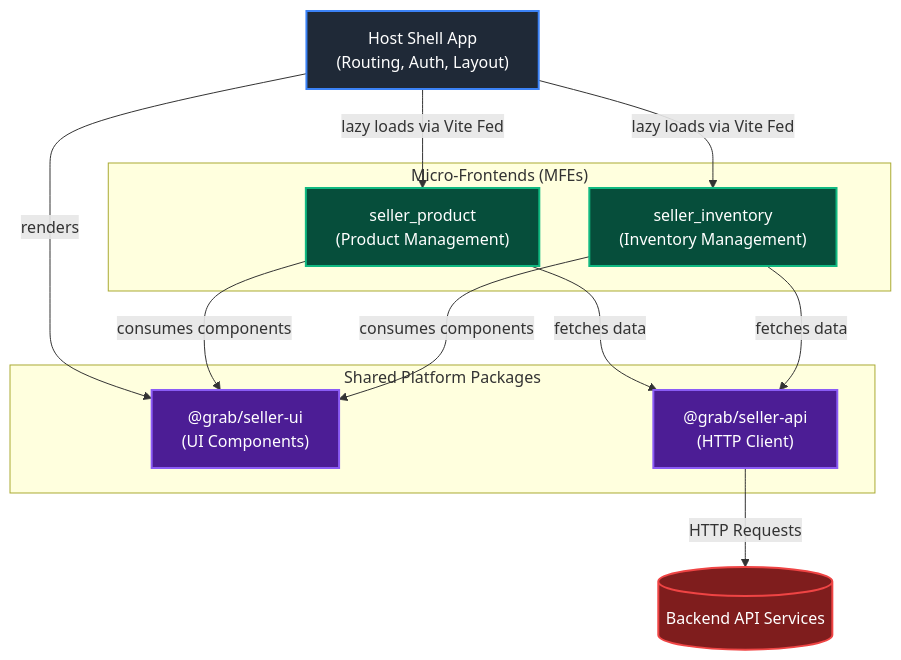
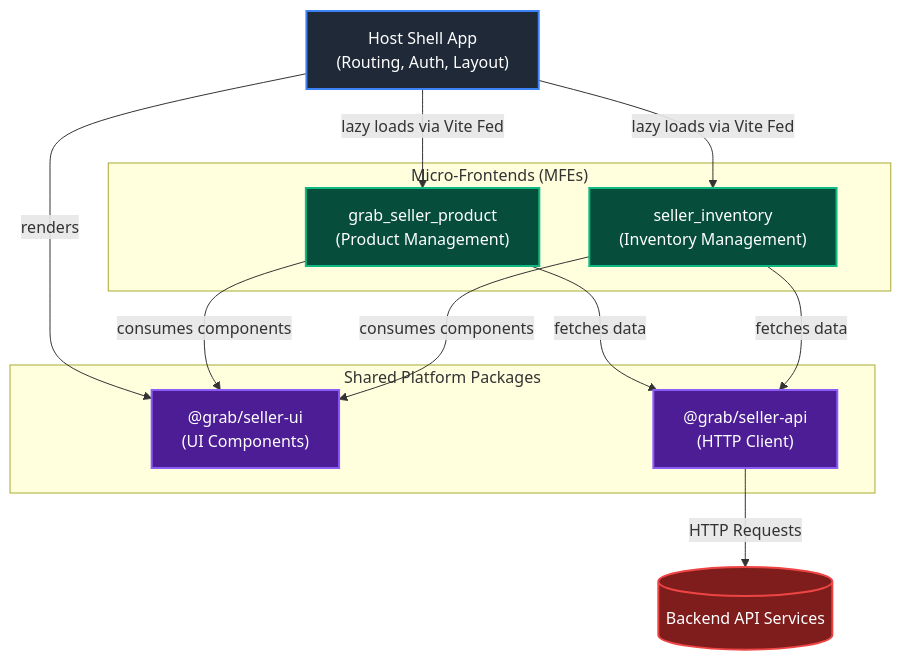
One commit to khinemyaezin/grab-seller changed the diagram in README.md. Above: the diagram before and after it, drawn with Mermaid. The commit also changed other lines of this file and 10 other files, not shown here.

````diff
--- a/README.md
+++ b/README.md
@@ -32,36 +32,36 @@
 ```mermaid
 graph TD
     %% Define styles
     classDef shell fill:#1f2937,stroke:#3b82f6,stroke-width:2px,color:#fff
     classDef mfe fill:#064e3b,stroke:#10b981,stroke-width:2px,color:#fff
     classDef shared fill:#4c1d95,stroke:#8b5cf6,stroke-width:2px,color:#fff
     classDef backend fill:#7f1d1d,stroke:#ef4444,stroke-width:2px,color:#fff
 
     %% Nodes
     HostShell["Host Shell App\n(Routing, Auth, Layout)"]:::shell
     
     subgraph MFEs ["Micro-Frontends (MFEs)"]
-        ProductMFE["seller_product\n(Product Management)"]:::mfe
+        ProductMFE["grab_seller_product\n(Product Management)"]:::mfe
         InventoryMFE["seller_inventory\n(Inventory Management)"]:::mfe
     end
 
     subgraph SharedPackages ["Shared Platform Packages"]
         UI["@grab/seller-ui\n(UI Components)"]:::shared
         API["@grab/seller-api\n(HTTP Client)"]:::shared
     end
     
     BackendServer[("Backend API Services")]:::backend
 
     %% Relationships
     HostShell -- "lazy loads via Vite Fed" --> ProductMFE
     HostShell -- "lazy loads via Vite Fed" --> InventoryMFE
     
     HostShell -- "renders" --> UI
     ProductMFE -- "consumes components" --> UI
     InventoryMFE -- "consumes components" --> UI
     
     ProductMFE -- "fetches data" --> API
     InventoryMFE -- "fetches data" --> API
     
     API -- "HTTP Requests" --> BackendServer
 ```
````
